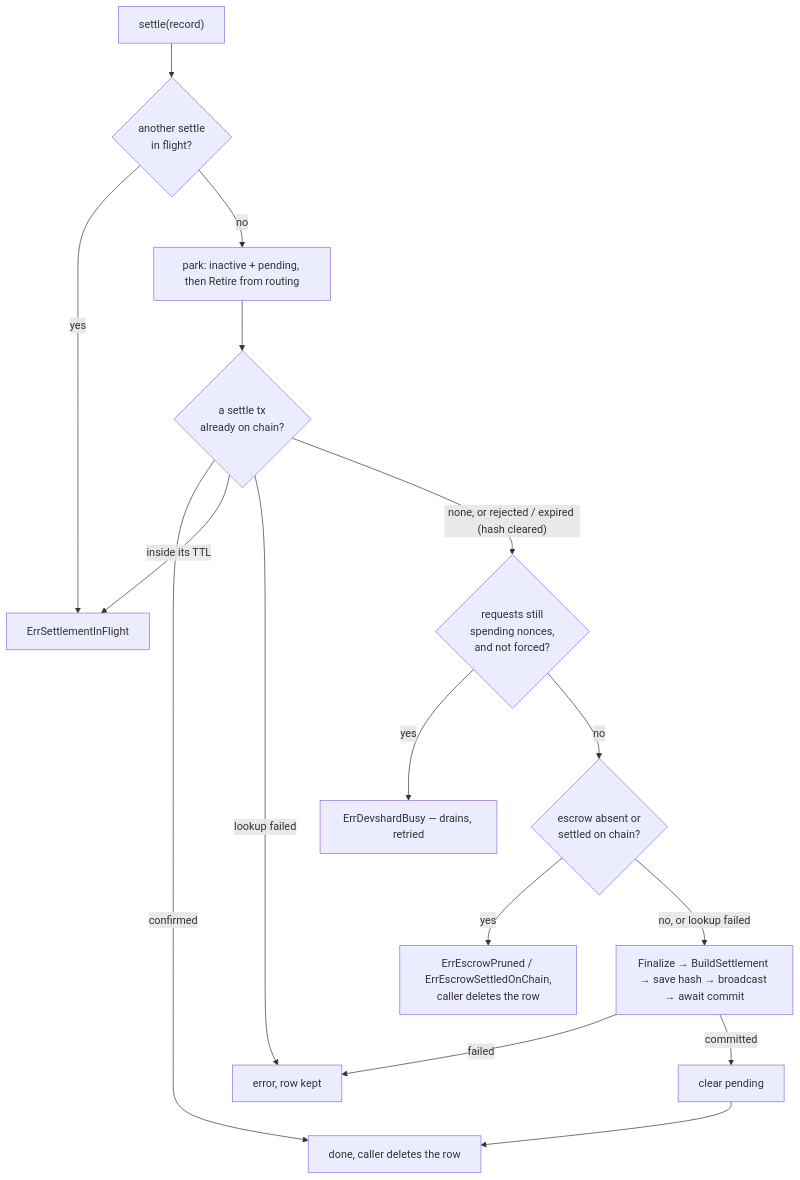
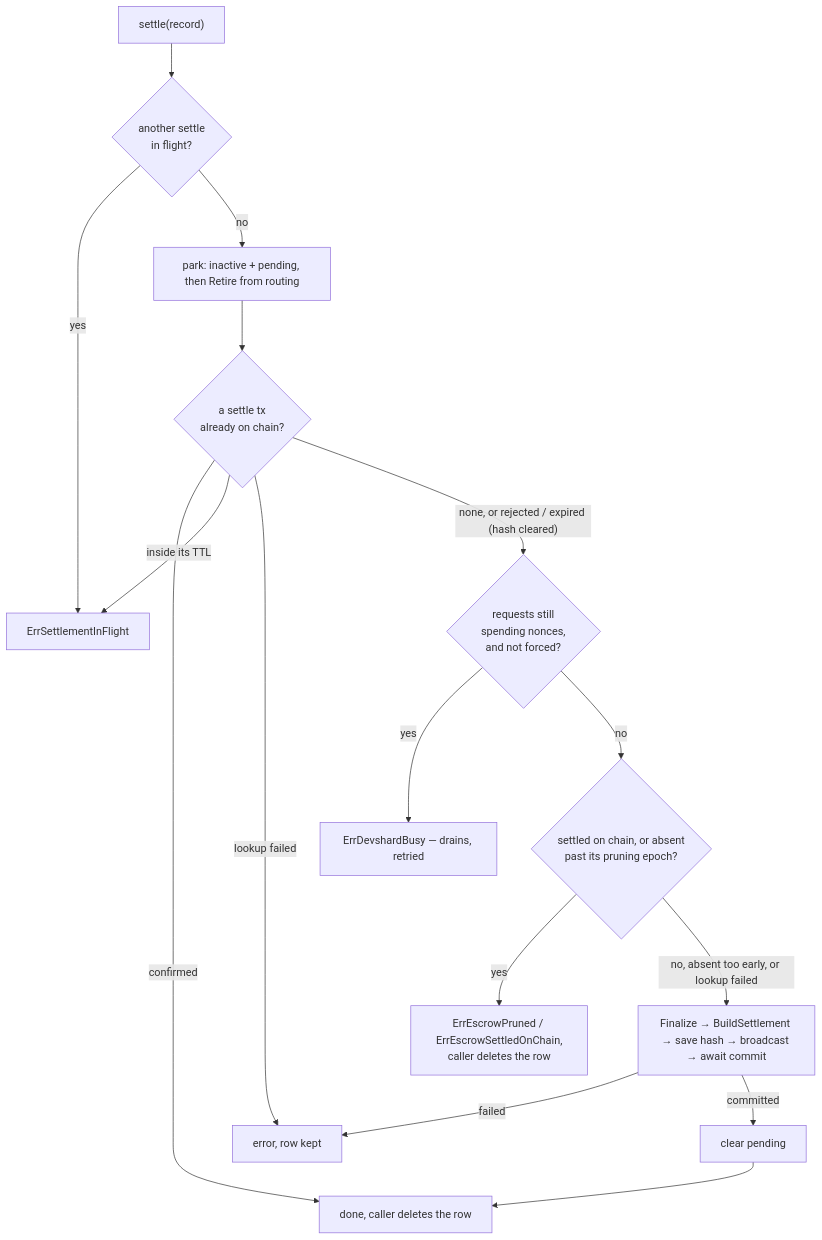
Before and after one commit to kaileido/gonka: the third of 3 diagrams in devshard/cmd/gateway/docs/escrows.md, drawn with Mermaid. The commit also changed other lines of this file and 25 other files, not shown here.

````diff
--- a/devshard/cmd/gateway/docs/escrows.md
+++ b/devshard/cmd/gateway/docs/escrows.md
@@ -160,18 +160,18 @@
 ```mermaid
 graph TD
     S["settle(record)"] --> D{"another settle<br/>in flight?"}
     D -->|yes| IF["ErrSettlementInFlight"]
     D -->|no| P["park: inactive + pending, then Retire from routing"]
     P --> AS{"a settle tx<br/>already on chain?"}
     AS -->|"confirmed"| OK["done, caller deletes the row"]
     AS -->|"inside its TTL"| IF
     AS -->|"lookup failed"| ERR["error, row kept"]
     AS -->|"none, or rejected / expired (hash cleared)"| B{"requests still<br/>spending nonces,<br/>and not forced?"}
     B -->|yes| BUSY["ErrDevshardBusy — drains, retried"]
-    B -->|no| GC{"escrow absent or<br/>settled on chain?"}
+    B -->|no| GC{"settled on chain, or absent<br/>past its pruning epoch?"}
     GC -->|yes| GONE["ErrEscrowPruned / ErrEscrowSettledOnChain,<br/>caller deletes the row"]
-    GC -->|"no, or lookup failed"| F["Finalize → BuildSettlement → save hash → broadcast → await commit"]
+    GC -->|"no, absent too early, or lookup failed"| F["Finalize → BuildSettlement → save hash → broadcast → await commit"]
     F -->|failed| ERR
     F -->|committed| CLR["clear pending"]
     CLR --> OK
 ```
````
